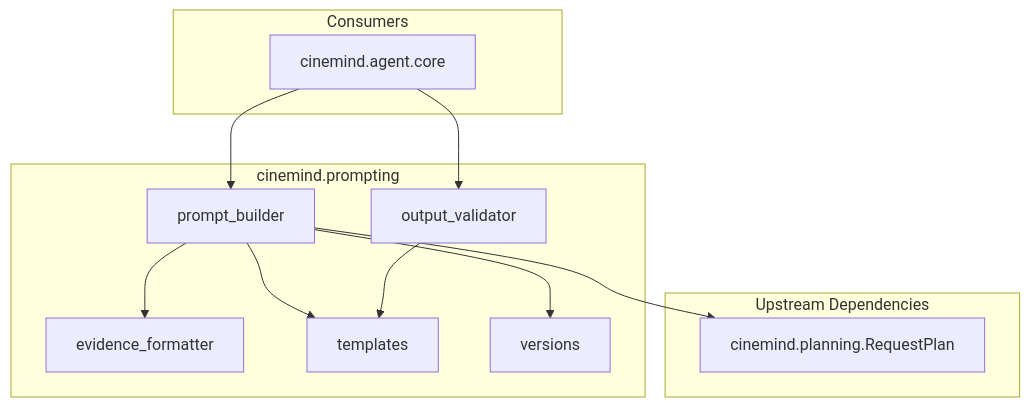
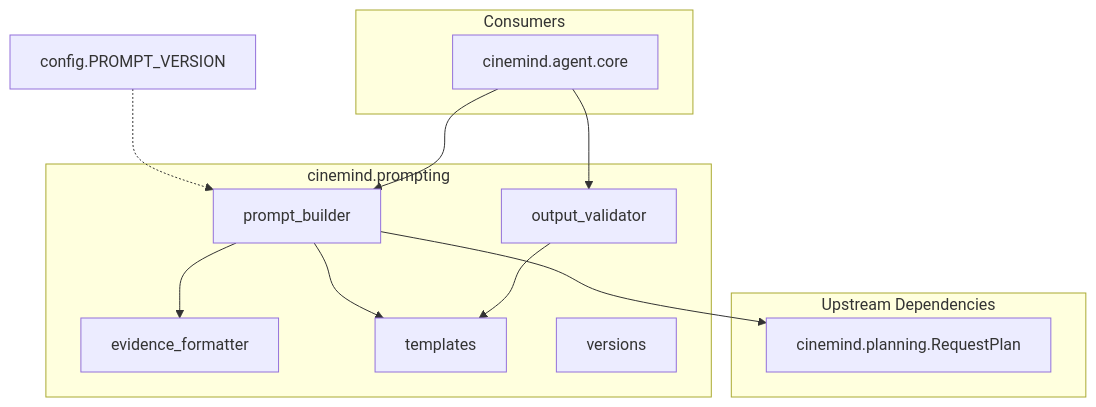
Before and after one commit to mayad123/movieAgent: the sixth of 6 diagrams in docs/features/prompting/PROMPT_PIPELINE.md, drawn with Mermaid. The commit also changed other lines of this file and 128 other files, not shown here.

````diff
--- a/docs/features/prompting/PROMPT_PIPELINE.md
+++ b/docs/features/prompting/PROMPT_PIPELINE.md
@@ -258,28 +286,28 @@
 ```mermaid
 graph TD
     subgraph prompting["cinemind.prompting"]
         PB["prompt_builder"]
         EF["evidence_formatter"]
         TMPL["templates"]
         OV["output_validator"]
         VER["versions"]
     end
 
     PB --> EF
     PB --> TMPL
-    PB --> VER
+    CONFIG["config.PROMPT_VERSION"] -.-> PB
     OV --> TMPL
 
     subgraph deps["Upstream Dependencies"]
         PLAN["cinemind.planning.RequestPlan"]
     end
 
     PB --> PLAN
 
     subgraph consumers["Consumers"]
         CORE["cinemind.agent.core"]
     end
 
     CORE --> PB
     CORE --> OV
 ```
````
